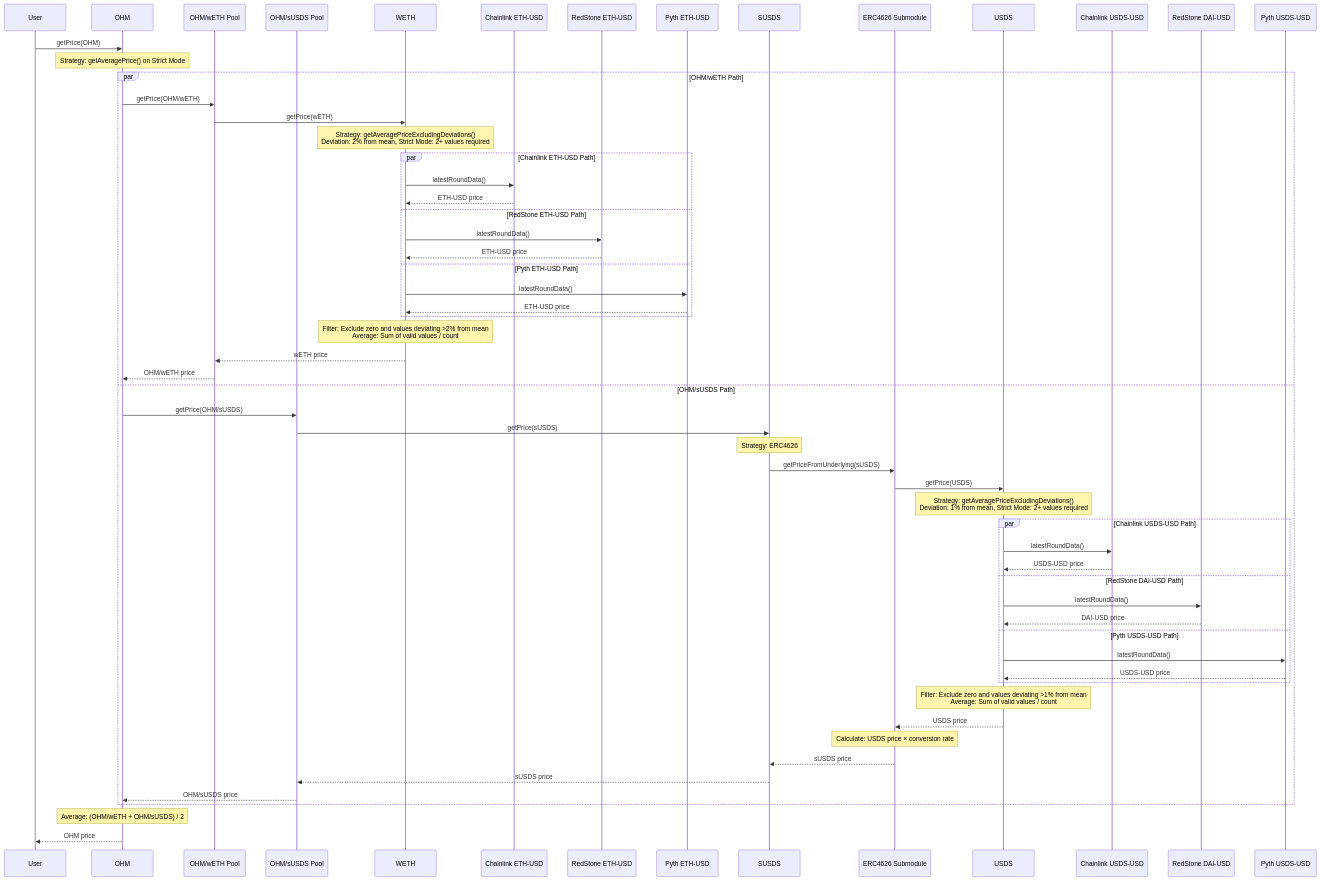
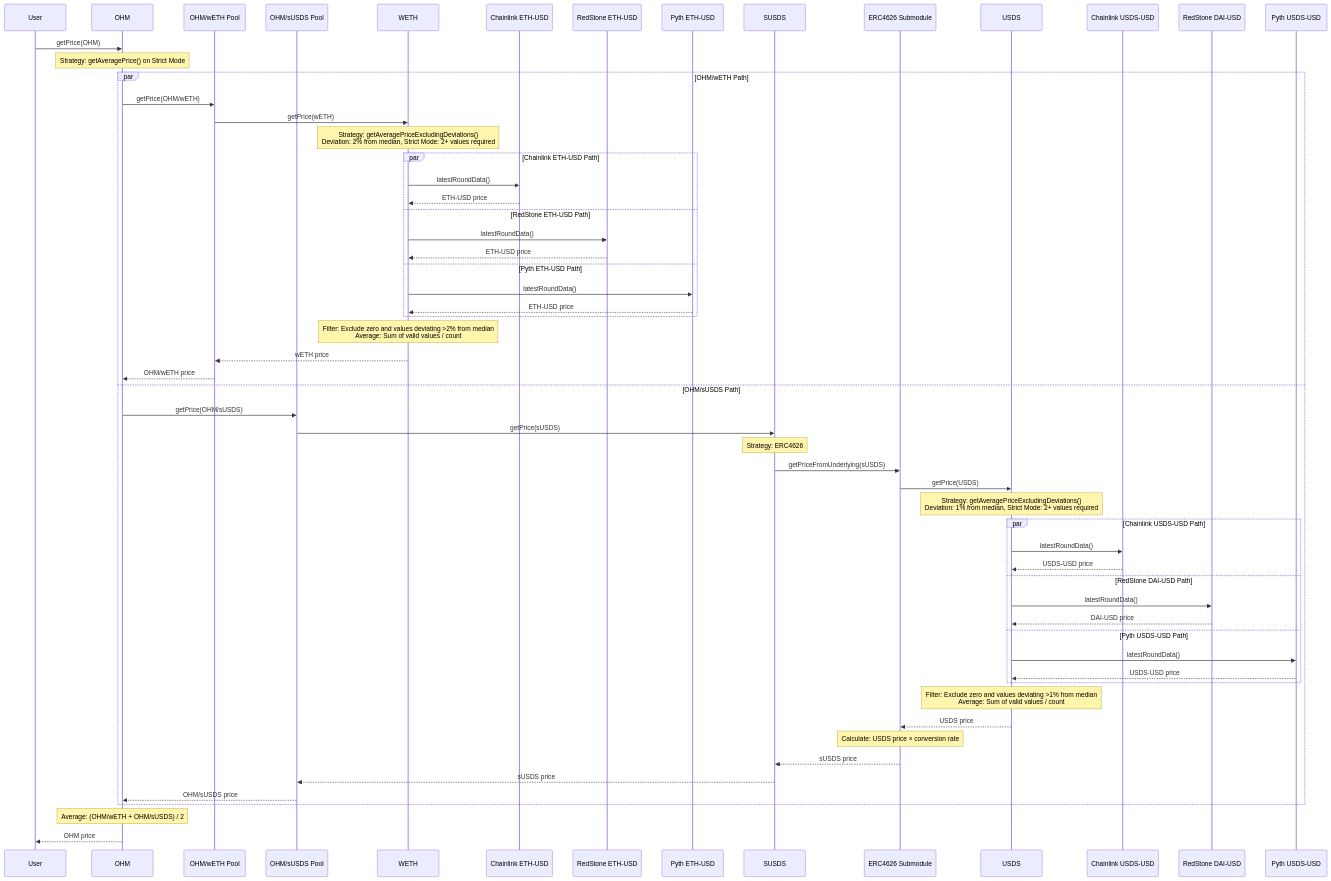
Before and after one commit to OlympusDAO/olympus-v3: the third of 3 diagrams in documentation/price.md, drawn with Mermaid. The commit also changed other lines of this file, not shown here.

First line of the commit message:
docs(price): correct deviation benchmark from "mean" to "median"

````diff
--- a/documentation/price.md
+++ b/documentation/price.md
@@ -99,74 +99,74 @@
 ```mermaid
 sequenceDiagram
     participant User
     participant OHM
     participant OHM_WETH_Pool as OHM/wETH Pool
     participant OHM_SUSDS_Pool as OHM/sUSDS Pool
     participant WETH
     participant CL_ETH as Chainlink ETH-USD
     participant RS_ETH as RedStone ETH-USD
     participant Pyth_ETH as Pyth ETH-USD
     participant SUSDS
     participant ERC4626 as ERC4626 Submodule
     participant USDS
     participant CL_USDS as Chainlink USDS-USD
     participant RS_DAI as RedStone DAI-USD
     participant Pyth_USDS as Pyth USDS-USD
 
     User->>OHM: getPrice(OHM)
 
     Note over OHM: Strategy: getAveragePrice() on Strict Mode
 
     par OHM/wETH Path
         OHM->>OHM_WETH_Pool: getPrice(OHM/wETH)
         OHM_WETH_Pool->>WETH: getPrice(wETH)
 
-        Note over WETH: Strategy: getAveragePriceExcludingDeviations()<br/>Deviation: 2% from mean, Strict Mode: 2+ values required
+        Note over WETH: Strategy: getAveragePriceExcludingDeviations()<br/>Deviation: 2% from median, Strict Mode: 2+ values required
 
         par Chainlink ETH-USD Path
             WETH->>CL_ETH: latestRoundData()
             CL_ETH-->>WETH: ETH-USD price
         and RedStone ETH-USD Path
             WETH->>RS_ETH: latestRoundData()
             RS_ETH-->>WETH: ETH-USD price
         and Pyth ETH-USD Path
             WETH->>Pyth_ETH: latestRoundData()
             Pyth_ETH-->>WETH: ETH-USD price
         end
 
-        Note over WETH: Filter: Exclude zero and values deviating >2% from mean<br/>Average: Sum of valid values / count
+        Note over WETH: Filter: Exclude zero and values deviating >2% from median<br/>Average: Sum of valid values / count
         WETH-->>OHM_WETH_Pool: wETH price
         OHM_WETH_Pool-->>OHM: OHM/wETH price
     and OHM/sUSDS Path
         OHM->>OHM_SUSDS_Pool: getPrice(OHM/sUSDS)
         OHM_SUSDS_Pool->>SUSDS: getPrice(sUSDS)
 
         Note over SUSDS: Strategy: ERC4626
 
         SUSDS->>ERC4626: getPriceFromUnderlying(sUSDS)
         ERC4626->>USDS: getPrice(USDS)
 
-        Note over USDS: Strategy: getAveragePriceExcludingDeviations()<br/>Deviation: 1% from mean, Strict Mode: 2+ values required
+        Note over USDS: Strategy: getAveragePriceExcludingDeviations()<br/>Deviation: 1% from median, Strict Mode: 2+ values required
 
         par Chainlink USDS-USD Path
             USDS->>CL_USDS: latestRoundData()
             CL_USDS-->>USDS: USDS-USD price
         and RedStone DAI-USD Path
             USDS->>RS_DAI: latestRoundData()
             RS_DAI-->>USDS: DAI-USD price
         and Pyth USDS-USD Path
             USDS->>Pyth_USDS: latestRoundData()
             Pyth_USDS-->>USDS: USDS-USD price
         end
 
-        Note over USDS: Filter: Exclude zero and values deviating >1% from mean<br/>Average: Sum of valid values / count
+        Note over USDS: Filter: Exclude zero and values deviating >1% from median<br/>Average: Sum of valid values / count
         USDS-->>ERC4626: USDS price
         Note over ERC4626: Calculate: USDS price × conversion rate
         ERC4626-->>SUSDS: sUSDS price
         SUSDS-->>OHM_SUSDS_Pool: sUSDS price
         OHM_SUSDS_Pool-->>OHM: OHM/sUSDS price
     end
 
     Note over OHM: Average: (OHM/wETH + OHM/sUSDS) / 2
     OHM-->>User: OHM price
 ```
````
